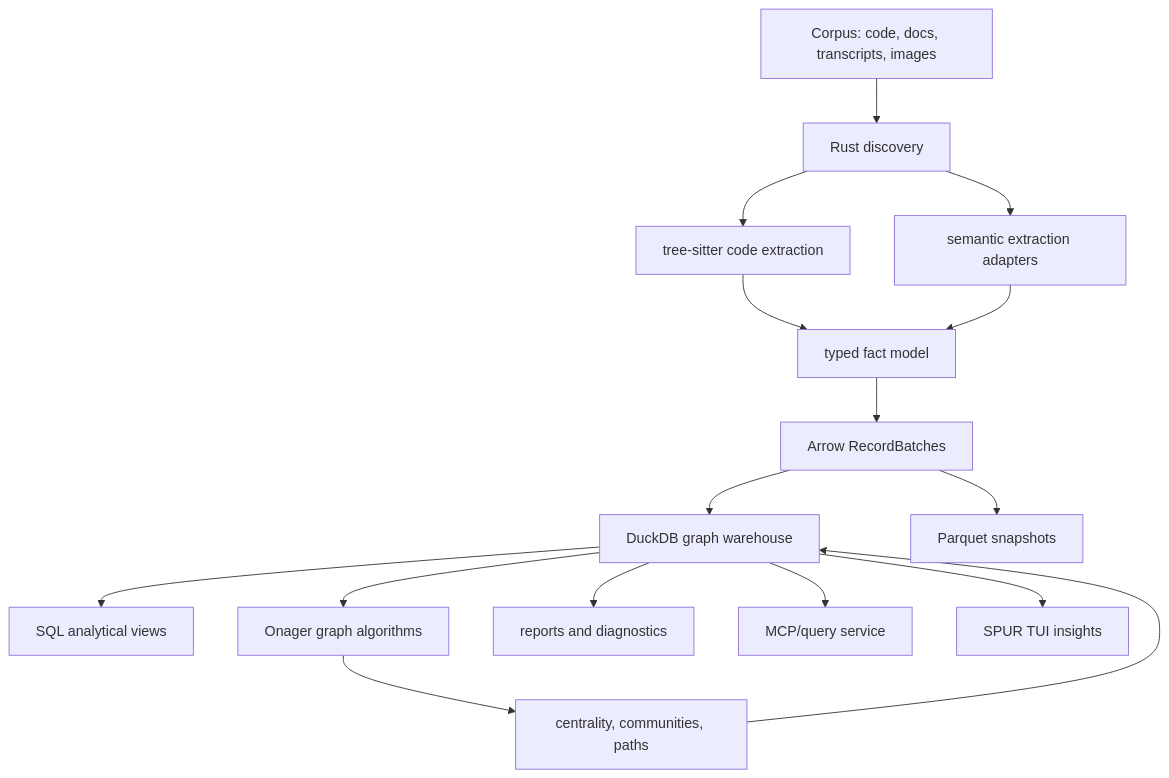
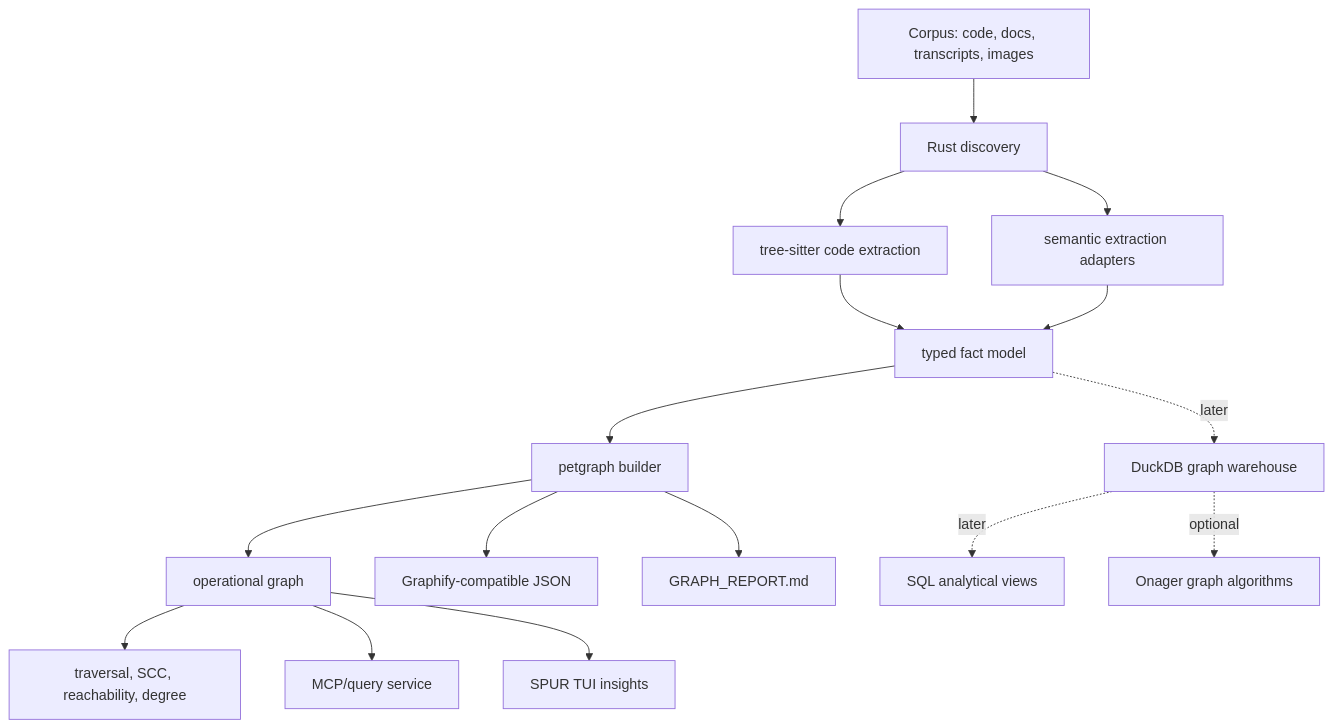
The first of 5 diagrams in docs/spur/graphify-rust-duckdb-onager-alternative.md (getspur/spur), drawn with Mermaid before and after one commit. The commit also changed other lines of this file, not shown here.

Commit message:
docs(spur): bd-10d approve minimal graph lane

````diff
--- a/docs/spur/graphify-rust-duckdb-onager-alternative.md
+++ b/docs/spur/graphify-rust-duckdb-onager-alternative.md
@@ -93,21 +105,21 @@
 ```mermaid
 flowchart TB
     Corpus[Corpus: code, docs, transcripts, images] --> Discover[Rust discovery]
     Discover --> Parse[tree-sitter code extraction]
     Discover --> Semantic[semantic extraction adapters]
     Parse --> Facts[typed fact model]
     Semantic --> Facts
 
-    Facts --> Arrow[Arrow RecordBatches]
-    Arrow --> DuckDB[DuckDB graph warehouse]
-    Arrow --> Parquet[Parquet snapshots]
+    Facts --> Build[petgraph builder]
+    Build --> Graph[operational graph]
+    Build --> Json[Graphify-compatible JSON]
+    Build --> Report[GRAPH_REPORT.md]
 
-    DuckDB --> SQL[SQL analytical views]
-    DuckDB --> Onager[Onager graph algorithms]
-    DuckDB --> Reports[reports and diagnostics]
-    DuckDB --> MCP[MCP/query service]
-    DuckDB --> TUI[SPUR TUI insights]
+    Graph --> Algorithms[traversal, SCC, reachability, degree]
+    Graph --> MCP[MCP/query service]
+    Graph --> TUI[SPUR TUI insights]
 
-    Onager --> Scores[centrality, communities, paths]
-    Scores --> DuckDB
+    Facts -. later .-> DuckDB[DuckDB graph warehouse]
+    DuckDB -. later .-> SQL[SQL analytical views]
+    DuckDB -. optional .-> Onager[Onager graph algorithms]
 ```
````
